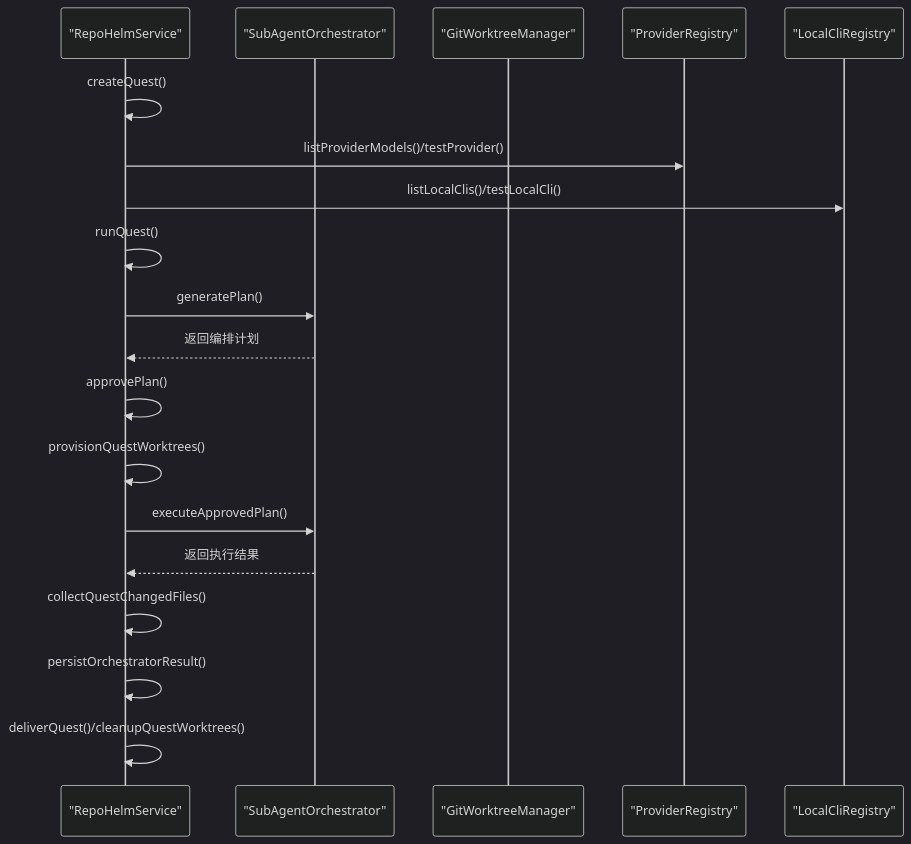
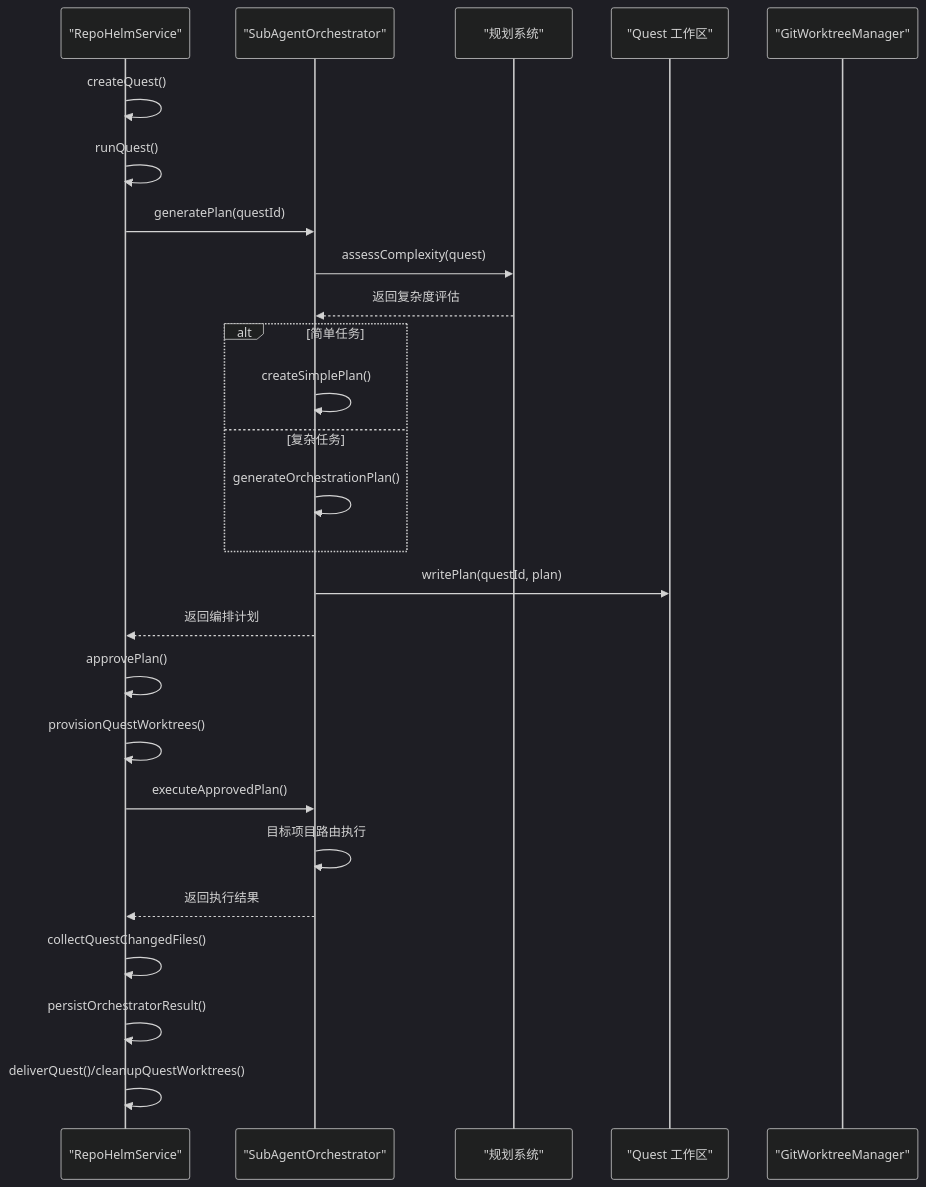
The seventh of 8 diagrams in .qoder/repowiki/zh/content/核心服务模块/核心服务模块.md (coconilu/RepoHelm), drawn with Mermaid (dark theme) before and after one commit. The commit also changed other lines of this file and 16 other files, not shown here.

````diff
--- a/.qoder/repowiki/zh/content/核心服务模块/核心服务模块.md
+++ b/.qoder/repowiki/zh/content/核心服务模块/核心服务模块.md
@@ -372,21 +467,28 @@
 ```mermaid
 sequenceDiagram
 participant S as "RepoHelmService"
 participant O as "SubAgentOrchestrator"
+participant P as "规划系统"
+participant QW as "Quest 工作区"
 participant G as "GitWorktreeManager"
-participant P as "ProviderRegistry"
-participant L as "LocalCliRegistry"
 S->>S : createQuest()
-S->>P : listProviderModels()/testProvider()
-S->>L : listLocalClis()/testLocalCli()
 S->>S : runQuest()
-S->>O : generatePlan()
+S->>O : generatePlan(questId)
+O->>P : assessComplexity(quest)
+P-->>O : 返回复杂度评估
+alt 简单任务
+O->>O : createSimplePlan()
+else 复杂任务
+O->>O : generateOrchestrationPlan()
+end
+O->>QW : writePlan(questId, plan)
 O-->>S : 返回编排计划
 S->>S : approvePlan()
 S->>S : provisionQuestWorktrees()
 S->>O : executeApprovedPlan()
+O->>O : 目标项目路由执行
 O-->>S : 返回执行结果
 S->>S : collectQuestChangedFiles()
 S->>S : persistOrchestratorResult()
 S->>S : deliverQuest()/cleanupQuestWorktrees()
 ```
````
